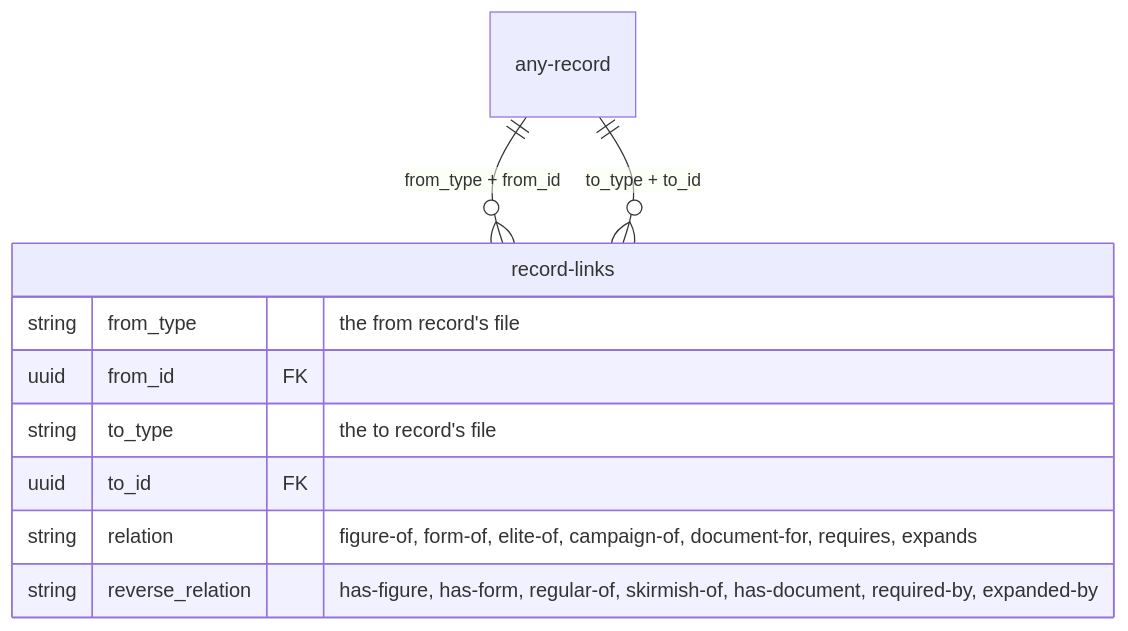
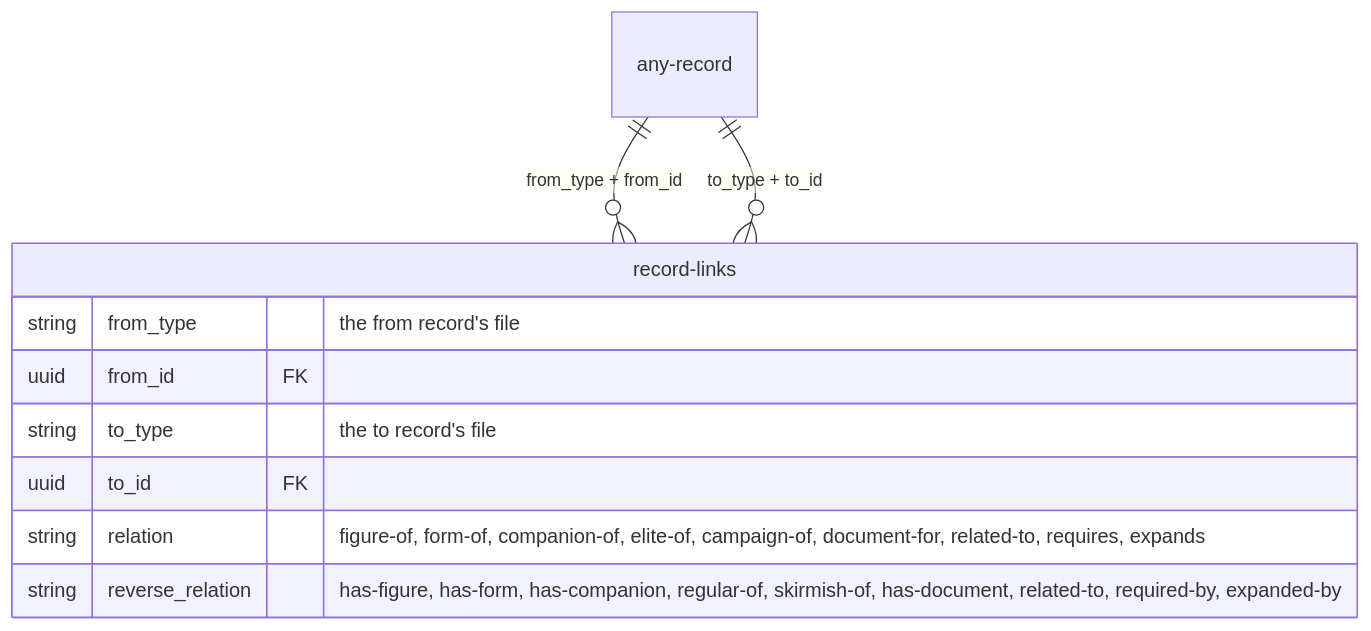
The sixth of 10 diagrams in docs/data-model.md (lvisintini/imperial-assault-data), drawn with Mermaid before and after one commit. The commit also changed other lines of this file and 13 other files, not shown here.

````diff
--- a/docs/data-model.md
+++ b/docs/data-model.md
@@ -376,14 +412,14 @@
 ```mermaid
 erDiagram
     any-record ||--o{ record-links : "from_type + from_id"
     record-links }o--|| any-record : "to_type + to_id"
 
     record-links {
         string from_type "the from record's file"
         uuid from_id FK
         string to_type "the to record's file"
         uuid to_id FK
-        string relation "figure-of, form-of, elite-of, campaign-of, document-for, requires, expands"
-        string reverse_relation "has-figure, has-form, regular-of, skirmish-of, has-document, required-by, expanded-by"
+        string relation "figure-of, form-of, companion-of, elite-of, campaign-of, document-for, related-to, requires, expands"
+        string reverse_relation "has-figure, has-form, has-companion, regular-of, skirmish-of, has-document, related-to, required-by, expanded-by"
     }
 ```
````
